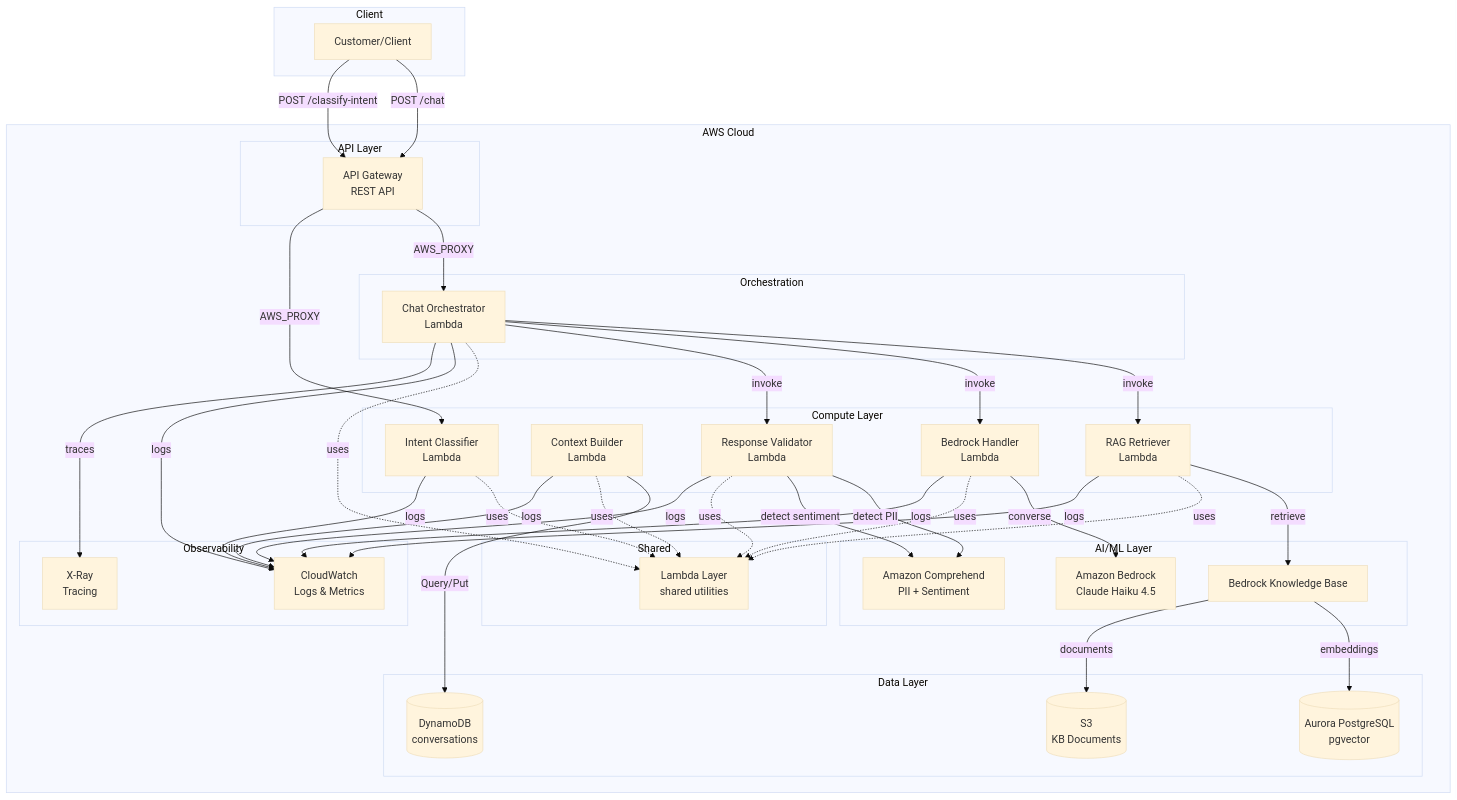
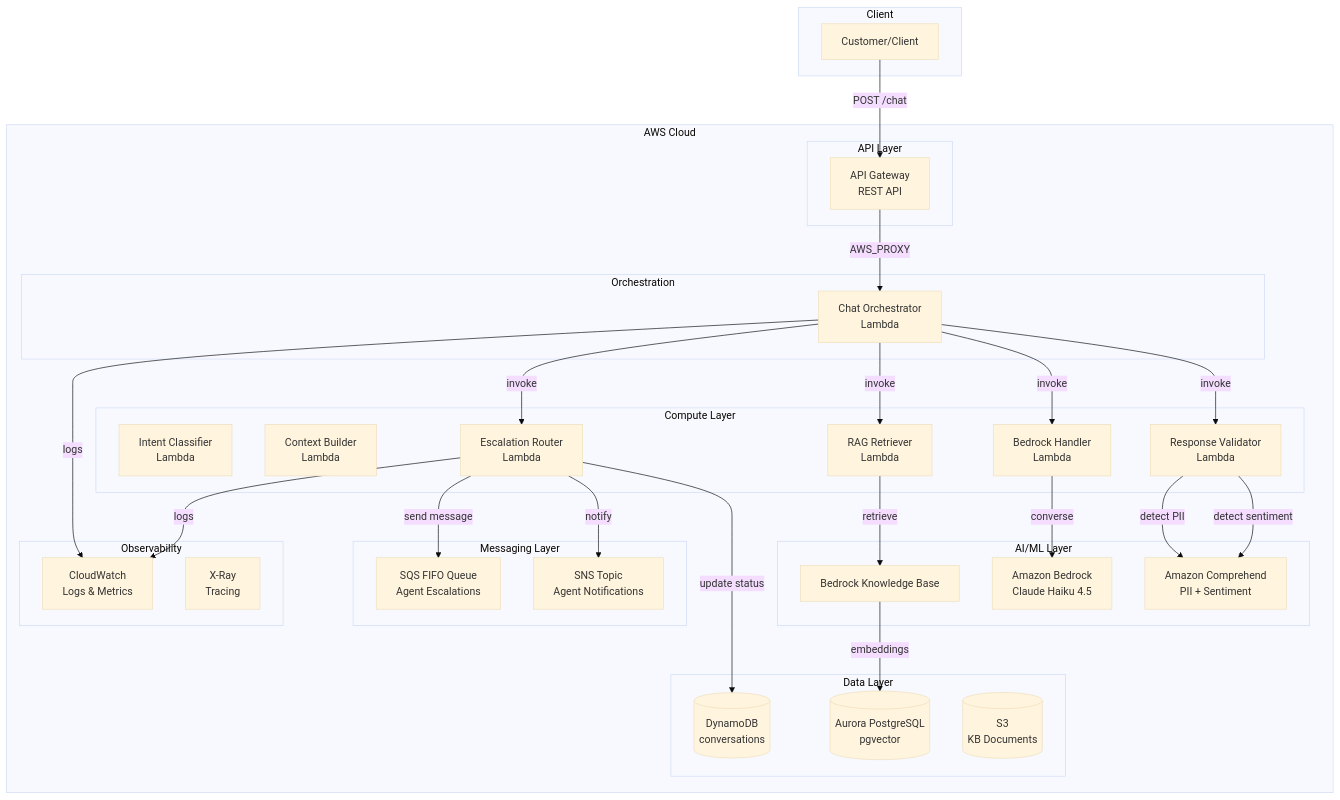
The first of 2 diagrams in docs/architecture/system-design.md (jujubear24/ai-customer-service-bot), drawn with Mermaid (base theme) before and after one commit. The commit also changed other lines of this file and 3 other files, not shown here.

First line of the commit message:
docs: update documentation for Phase 3.3 Escalation Router

````diff
--- a/docs/architecture/system-design.md
+++ b/docs/architecture/system-design.md
@@ -32,73 +32,64 @@
 ```mermaid
 flowchart TB
     subgraph Client
         USER[Customer/Client]
     end
 
     subgraph AWS Cloud
         subgraph API Layer
             APIGW[API Gateway<br/>REST API]
         end
 
         subgraph Orchestration
             CO[Chat Orchestrator<br/>Lambda]
         end
 
         subgraph Compute Layer
             IC[Intent Classifier<br/>Lambda]
             CB[Context Builder<br/>Lambda]
             RR[RAG Retriever<br/>Lambda]
             BH[Bedrock Handler<br/>Lambda]
             RV[Response Validator<br/>Lambda]
+            ER[Escalation Router<br/>Lambda]
         end
 
         subgraph AI/ML Layer
             KB[Bedrock Knowledge Base]
             BEDROCK[Amazon Bedrock<br/>Claude Haiku 4.5]
             COMPREHEND[Amazon Comprehend<br/>PII + Sentiment]
+        end
+
+        subgraph Messaging Layer
+            SQS[SQS FIFO Queue<br/>Agent Escalations]
+            SNS[SNS Topic<br/>Agent Notifications]
         end
 
         subgraph Data Layer
             DDB[(DynamoDB<br/>conversations)]
             AURORA[(Aurora PostgreSQL<br/>pgvector)]
             S3[(S3<br/>KB Documents)]
         end
 
         subgraph Observability
             CW[CloudWatch<br/>Logs & Metrics]
             XRAY[X-Ray<br/>Tracing]
         end
-
-        subgraph Shared
-            LAYER[Lambda Layer<br/>shared utilities]
-        end
     end
 
     USER -->|POST /chat| APIGW
-    USER -->|POST /classify-intent| APIGW
     APIGW -->|AWS_PROXY| CO
-    APIGW -->|AWS_PROXY| IC
     CO -->|invoke| RR
     CO -->|invoke| BH
     CO -->|invoke| RV
+    CO -->|invoke| ER
     RR -->|retrieve| KB
     KB -->|embeddings| AURORA
-    KB -->|documents| S3
     BH -->|converse| BEDROCK
     RV -->|detect PII| COMPREHEND
     RV -->|detect sentiment| COMPREHEND
-    CB -->|Query/Put| DDB
-    IC -.->|uses| LAYER
-    CB -.->|uses| LAYER
-    CO -.->|uses| LAYER
-    RR -.->|uses| LAYER
-    BH -.->|uses| LAYER
-    RV -.->|uses| LAYER
+    ER -->|send message| SQS
+    ER -->|notify| SNS
+    ER -->|update status| DDB
     CO -->|logs| CW
-    RR -->|logs| CW
-    BH -->|logs| CW
-    RV -->|logs| CW
-    IC -->|logs| CW
-    CB -->|logs| CW
-    CO -->|traces| XRAY
+    ER -->|logs| CW
 ```
````
